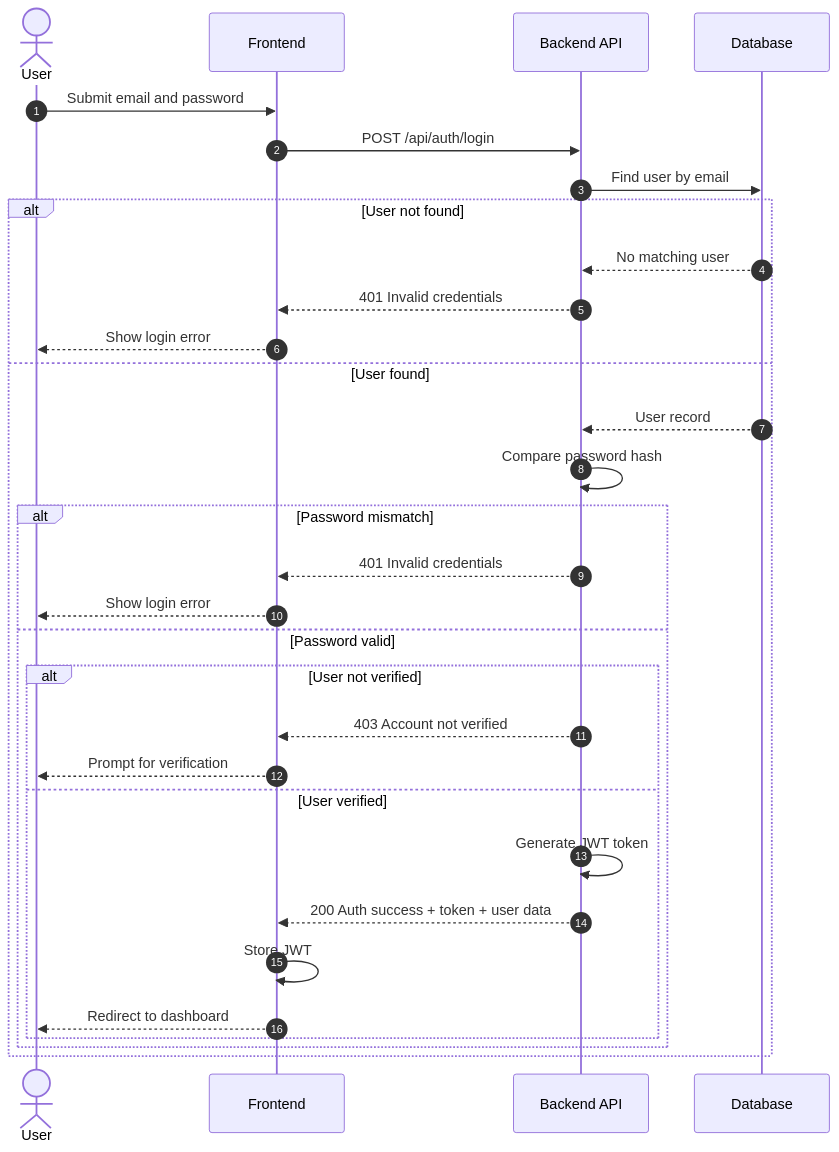
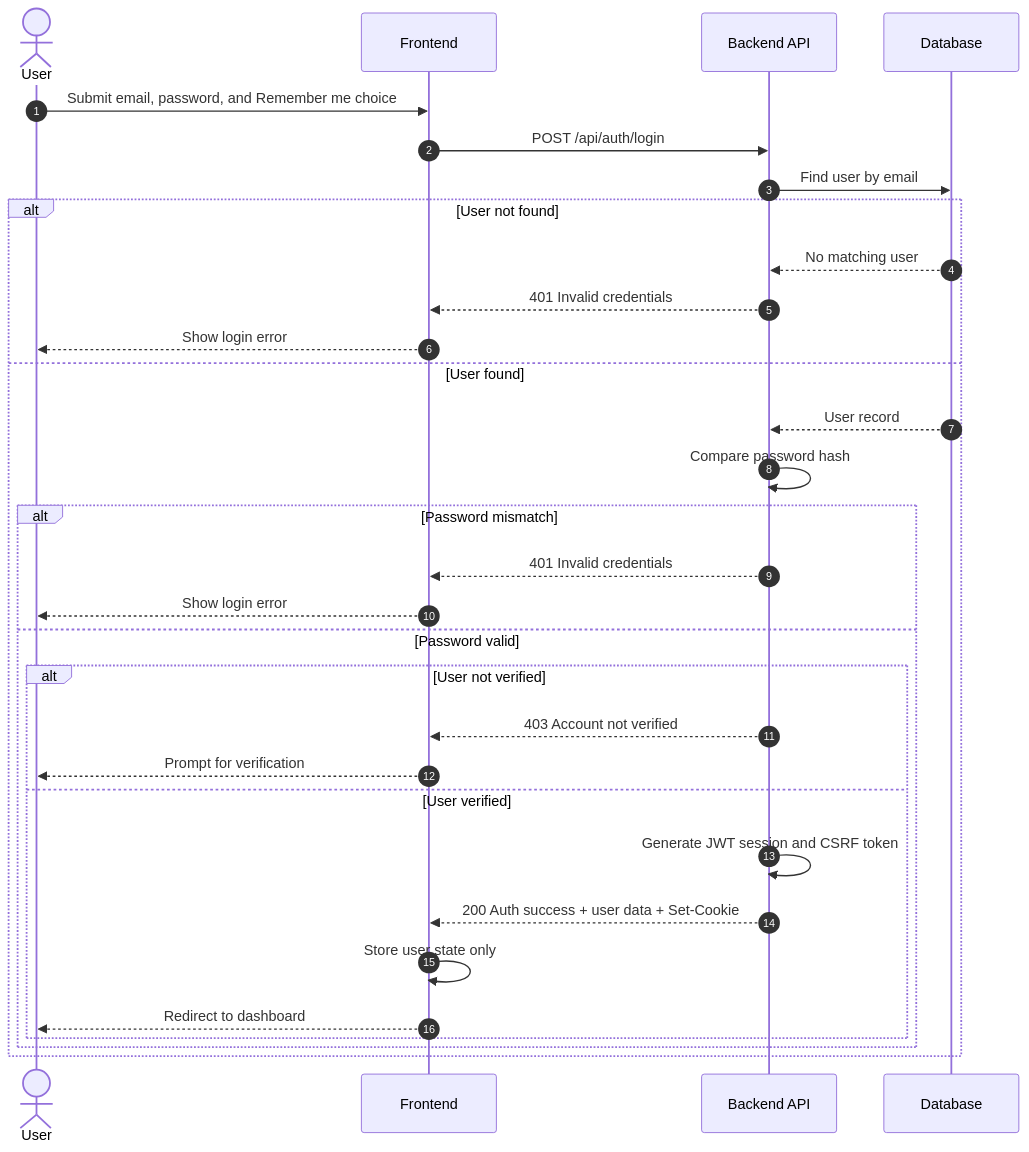
The third of 7 diagrams in docs/sequence-diagrams.md (AyalMoran/virly), drawn with Mermaid before and after one commit. The commit also changed other lines of this file and 2 other files, not shown here.

````diff
--- a/docs/sequence-diagrams.md
+++ b/docs/sequence-diagrams.md
@@ -98,36 +98,36 @@
 ```mermaid
 sequenceDiagram
     autonumber
     actor User
     participant Frontend
     participant BackendAPI as Backend API
     participant Database
 
-    User->>Frontend: Submit email and password
+    User->>Frontend: Submit email, password, and Remember me choice
     Frontend->>BackendAPI: POST /api/auth/login
     BackendAPI->>Database: Find user by email
 
     alt User not found
         Database-->>BackendAPI: No matching user
         BackendAPI-->>Frontend: 401 Invalid credentials
         Frontend-->>User: Show login error
     else User found
         Database-->>BackendAPI: User record
         BackendAPI->>BackendAPI: Compare password hash
 
         alt Password mismatch
             BackendAPI-->>Frontend: 401 Invalid credentials
             Frontend-->>User: Show login error
         else Password valid
             alt User not verified
                 BackendAPI-->>Frontend: 403 Account not verified
                 Frontend-->>User: Prompt for verification
             else User verified
-                BackendAPI->>BackendAPI: Generate JWT token
-                BackendAPI-->>Frontend: 200 Auth success + token + user data
-                Frontend->>Frontend: Store JWT
+                BackendAPI->>BackendAPI: Generate JWT session and CSRF token
+                BackendAPI-->>Frontend: 200 Auth success + user data + Set-Cookie
+                Frontend->>Frontend: Store user state only
                 Frontend-->>User: Redirect to dashboard
             end
         end
     end
 ```
````
